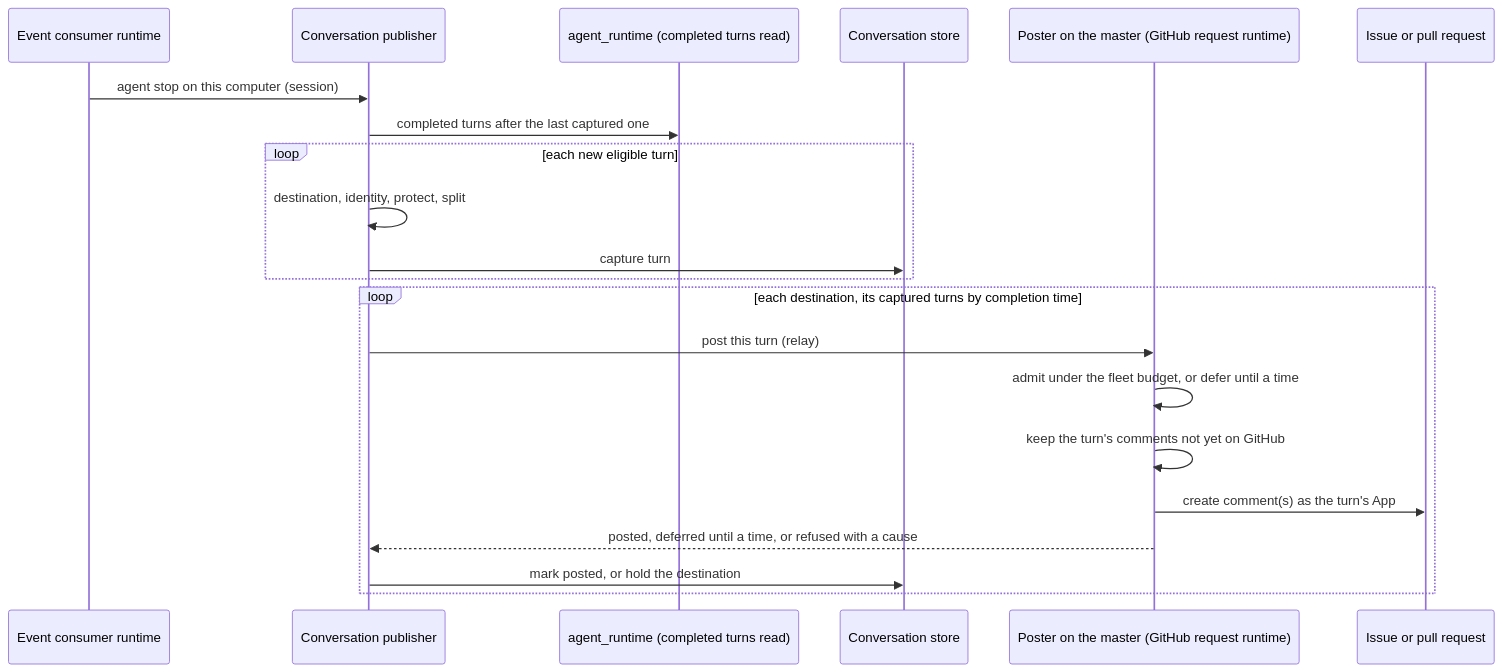
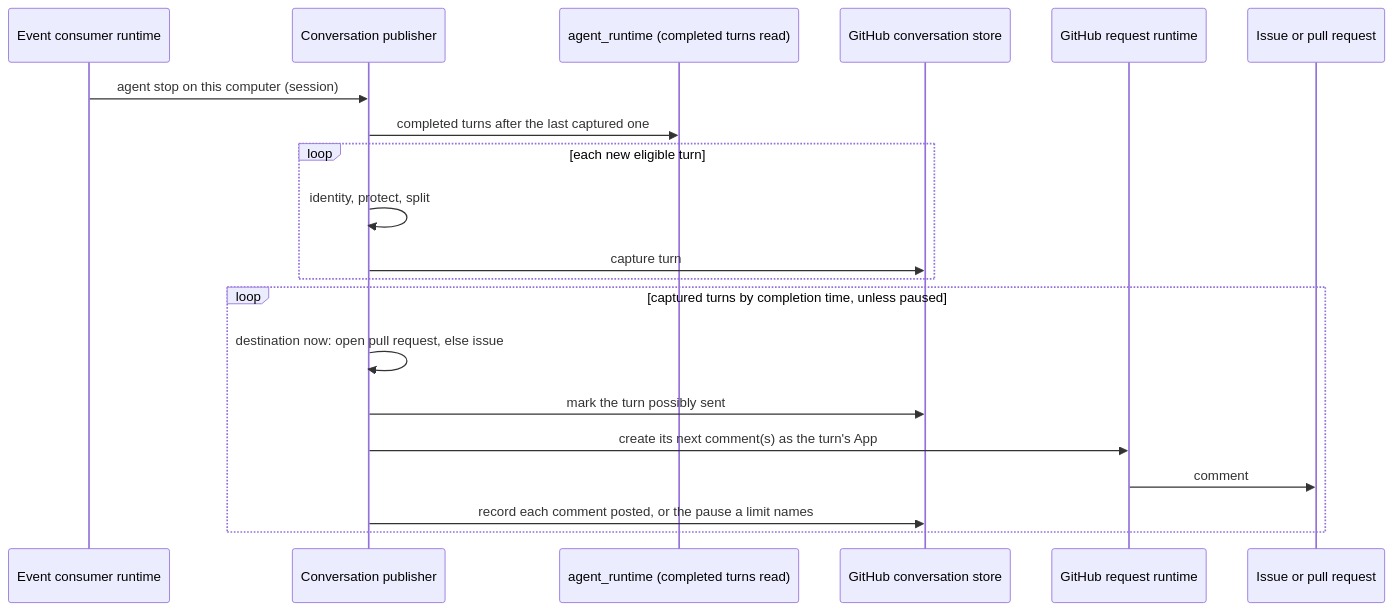
The diagram in docs/local/design/architecture/work-item-conversation.md (InstruktAI/TeleClaude), drawn with Mermaid before and after one commit. The commit also changed other lines of this file and 2 other files, not shown here.

First line of the commit message:
docs(work-item-conversation): reshape the conversation mirror to each computer posting its own sessions

````diff
--- a/docs/local/design/architecture/work-item-conversation.md
+++ b/docs/local/design/architecture/work-item-conversation.md
@@ -108,23 +85,22 @@
 ```mermaid
 sequenceDiagram
     participant EC as Event consumer runtime
     participant P as Conversation publisher
     participant AR as agent_runtime (completed turns read)
-    participant WC as Conversation store
-    participant M as Poster on the master (GitHub request runtime)
+    participant CS as GitHub conversation store
+    participant IO as GitHub request runtime
     participant GH as Issue or pull request
     EC->>P: agent stop on this computer (session)
     P->>AR: completed turns after the last captured one
     loop each new eligible turn
-        P->>P: destination, identity, protect, split
-        P->>WC: capture turn
+        P->>P: identity, protect, split
+        P->>CS: capture turn
     end
-    loop each destination, its captured turns by completion time
-        P->>M: post this turn (relay)
-        M->>M: admit under the fleet budget, or defer until a time
-        M->>M: keep the turn's comments not yet on GitHub
-        M->>GH: create comment(s) as the turn's App
-        M-->>P: posted, deferred until a time, or refused with a cause
-        P->>WC: mark posted, or hold the destination
+    loop captured turns by completion time, unless paused
+        P->>P: destination now: open pull request, else issue
+        P->>CS: mark the turn possibly sent
+        P->>IO: create its next comment(s) as the turn's App
+        IO->>GH: comment
+        P->>CS: record each comment posted, or the pause a limit names
     end
 ```
````
